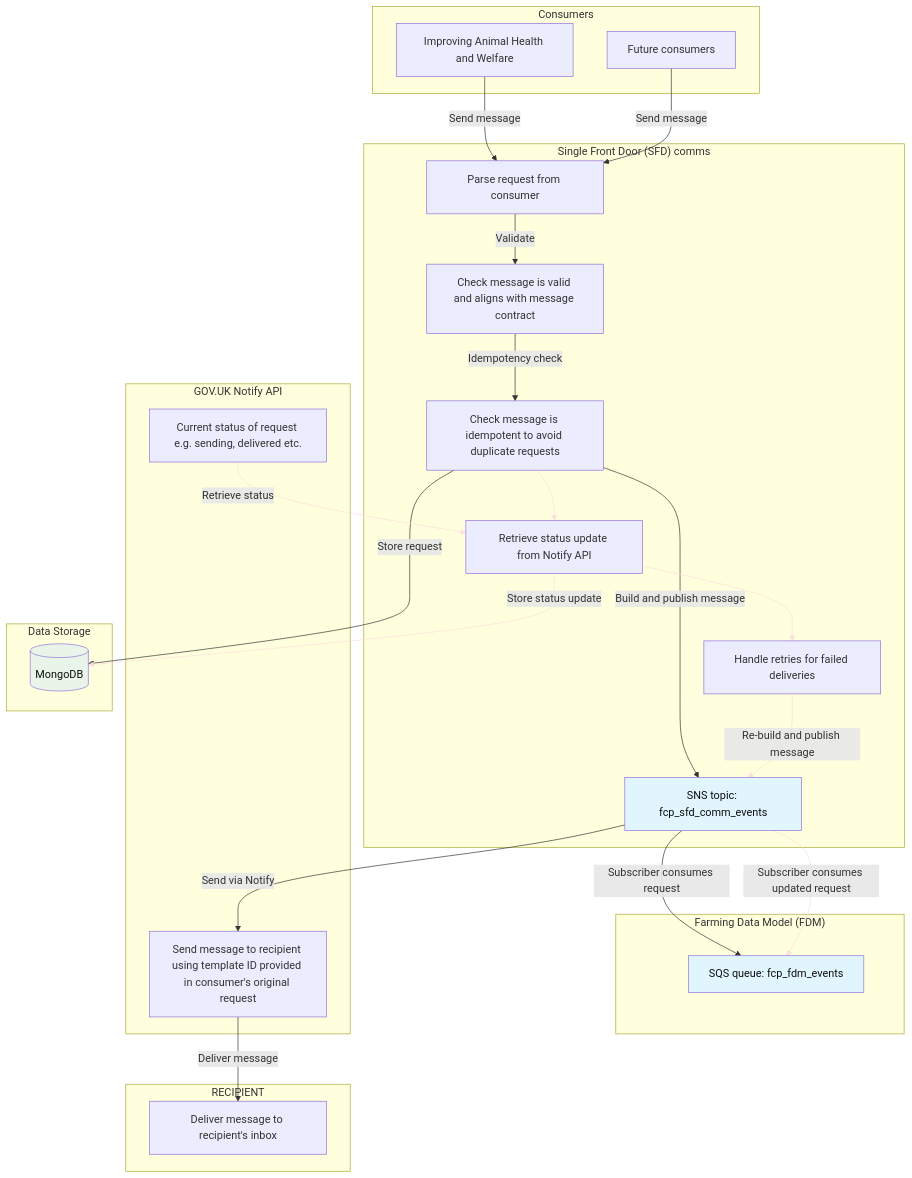
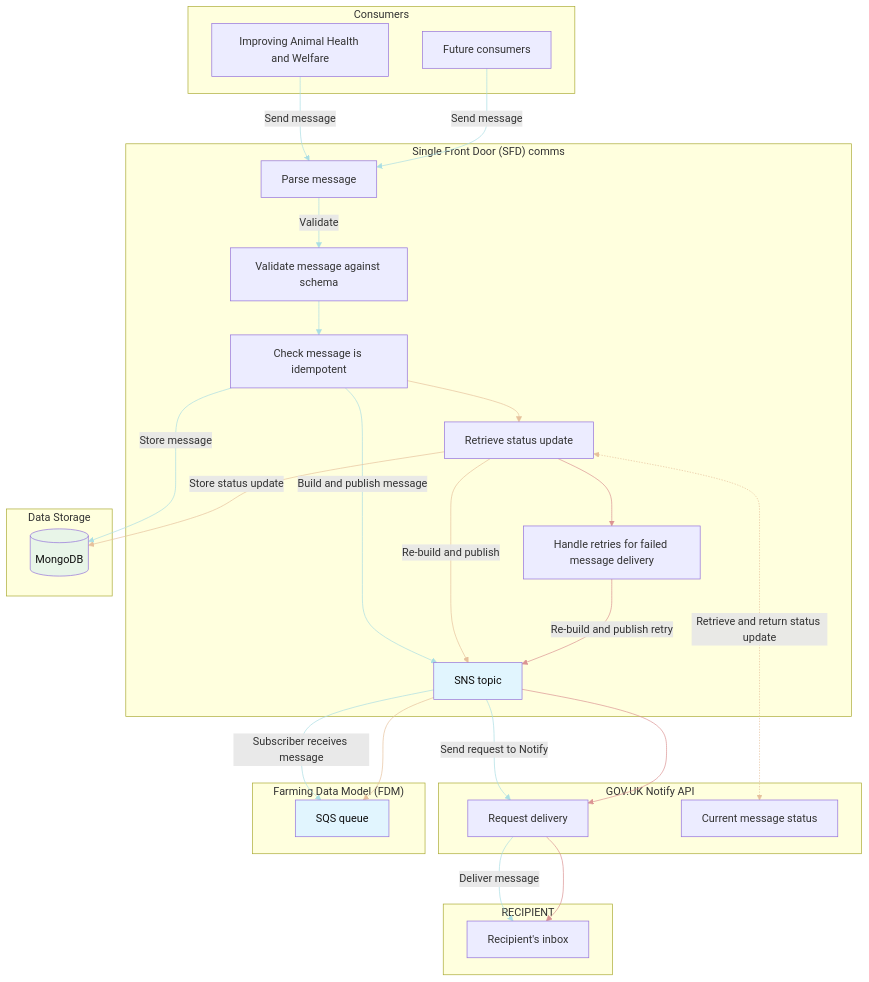
One commit to DEFRA/fcp-sfd-comms changed the first of 3 diagrams in README.md. Above: the diagram before and after it, drawn with Mermaid. The commit also changed other lines of this file, not shown here.

Commit message:
add sequence diagram + update phase 1 graph

````diff
--- a/README.md
+++ b/README.md
@@ -14,60 +14,76 @@
 ```mermaid
 graph
     subgraph "Consumers"
         IAHW[Improving Animal Health and Welfare]
         FUTURE[Future consumers]
     end
     
     subgraph "Single Front Door (SFD) comms"
-        PARSE[Parse request from consumer]
-        VALIDATION[Check message is valid and aligns with message contract]
-        IDEMPOTENCY_CHECK[Check message is idempotent to avoid duplicate requests]
-        SNS[SNS topic: fcp_sfd_comm_events]
-        UPDATE[Retrieve status update from Notify API]
-        RETRY[Handle retries for failed deliveries]
+        PARSE[Parse message]
+        VALIDATION[Validate message against schema]
+        IDEMPOTENCY_CHECK[Check message is idempotent]
+        SNS[SNS topic]
+        UPDATE[Retrieve status update]
+        RETRY[Handle retries for failed message delivery]
+    end
+
+    subgraph "GOV.UK Notify API"
+        NOTIFY[Request delivery]
+        STATUS[Current message status]
     end
 
     subgraph "Farming Data Model (FDM)"
-        SQS[SQS queue: fcp_fdm_events]
-    end
-
-    subgraph "GOV.UK Notify API"
-        NOTIFY[Send message to recipient using template ID provided in consumer's original request]
-        STATUS[Current status of request e.g. sending, delivered etc.]
+        SQS[SQS queue]
     end
 
     subgraph "Data Storage"
         MONGO[(MongoDB)]
     end
 
+
     subgraph "RECIPIENT"
-        DELIVERY[Deliver message to recipient's inbox]
+        DELIVERY[Recipient's inbox]
     end
     
     IAHW -->|Send message| PARSE
     FUTURE -->|Send message| PARSE
     PARSE -->|Validate| VALIDATION
-    VALIDATION -->|Idempotency check| IDEMPOTENCY_CHECK
+    VALIDATION --> IDEMPOTENCY_CHECK
     IDEMPOTENCY_CHECK -->|Build and publish message| SNS
-    IDEMPOTENCY_CHECK -->|Store request| MONGO
+    IDEMPOTENCY_CHECK -->|Store message| MONGO
+    SNS -->|Subscriber receives message| SQS
+    SNS -->|Send request to Notify| NOTIFY
+    NOTIFY -->|Deliver message| DELIVERY
     IDEMPOTENCY_CHECK --> UPDATE
-    SNS -->|Subscriber consumes request| SQS
-    SNS -->|Send via Notify| NOTIFY
-    NOTIFY -->|Deliver message| DELIVERY
-    STATUS -->|Retrieve status| UPDATE
+    UPDATE <-.->|Retrieve and return status update| STATUS
     UPDATE -->|Store status update| MONGO
+    UPDATE -->|Re-build and publish|SNS
+    SNS --> SQS
     UPDATE --> RETRY
-    RETRY -->|Re-build and publish message| SNS
-    SNS -->|Subscriber consumes updated request| SQS
+    RETRY -->|Re-build and publish retry| SNS
+    SNS --> NOTIFY
+    NOTIFY --> DELIVERY
 
-    linkStyle 6 stroke:#fcdedc
-    linkStyle 10 stroke:#fcdedc
-    linkStyle 11 stroke:#fcdedc
-    linkStyle 12 stroke:#fcdedc
-    linkStyle 13 stroke:#fcdedc
-    linkStyle 14 stroke:#fcdedc
+    linkStyle 0 stroke:#aadee3
+    linkStyle 1 stroke:#aadee3
+    linkStyle 2 stroke:#aadee3
+    linkStyle 3 stroke:#aadee3
+    linkStyle 4 stroke:#aadee3
+    linkStyle 5 stroke:#aadee3
+    linkStyle 6 stroke:#aadee3
+    linkStyle 7 stroke:#aadee3
+    linkStyle 8 stroke:#aadee3
+    linkStyle 9 stroke:#e6c19c
+    linkStyle 10 stroke:#e6c19c
+    linkStyle 11 stroke:#e6c19c
+    linkStyle 12 stroke:#e6c19c
+    linkStyle 13 stroke:#e6c19c
+    linkStyle 14 stroke:#db9393
+    linkStyle 15 stroke:#db9393
+    linkStyle 16 stroke:#db9393
+    linkStyle 17 stroke:#db9393
 
     style MONGO fill:#e8f5e8,color:#0E0E0E
     style SNS fill:#e1f5fe,color:#0E0E0E
     style SQS fill:#e1f5fe,color:#0E0E0E
 ```
````
